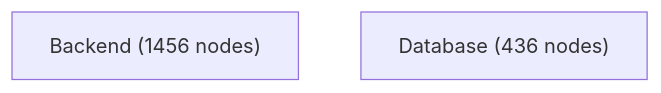
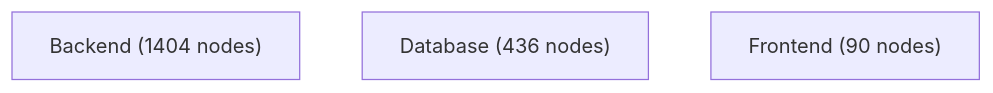
The diagram in docs/architecture-analysis/views/containers.mmd (jankneumann/agentic-coding-tools), drawn with Mermaid before and after one commit. The commit also changed 13 other files, not shown here.

Commit message:
docs(architecture): refresh deterministic projections

```diff
--- a/docs/architecture-analysis/views/containers.mmd
+++ b/docs/architecture-analysis/views/containers.mmd
@@ -1,3 +1,4 @@
 flowchart TB
-    Backend["Backend (1456 nodes)"]
+    Backend["Backend (1404 nodes)"]
     Database["Database (436 nodes)"]
+    Frontend["Frontend (90 nodes)"]
```
